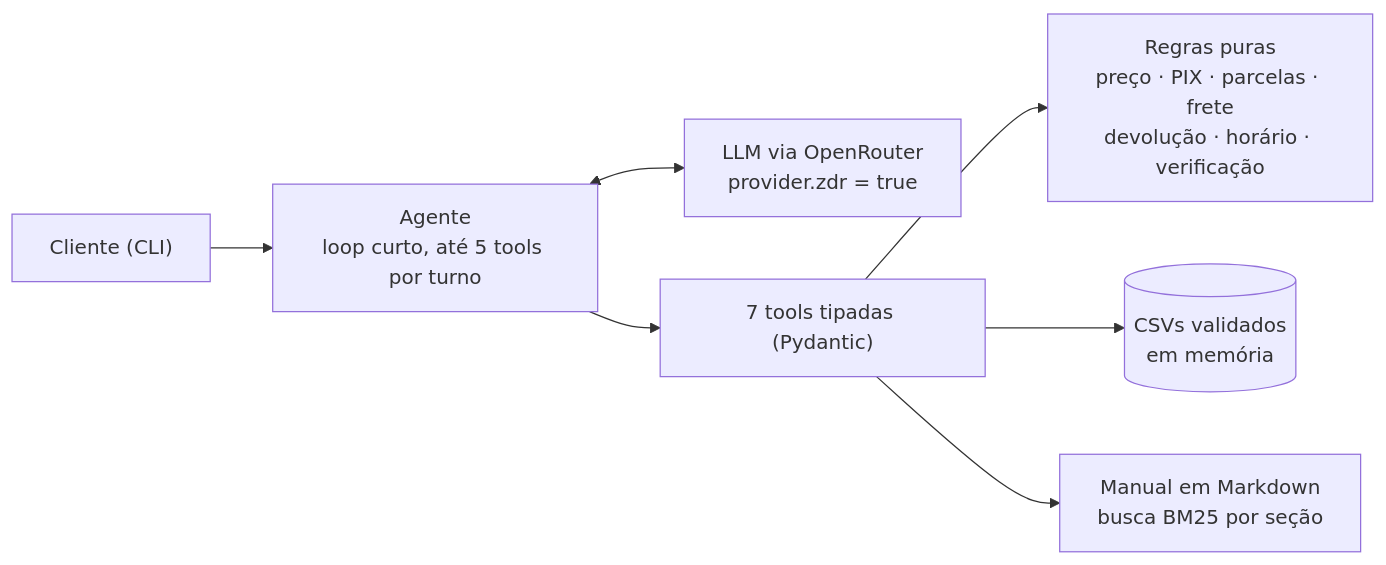
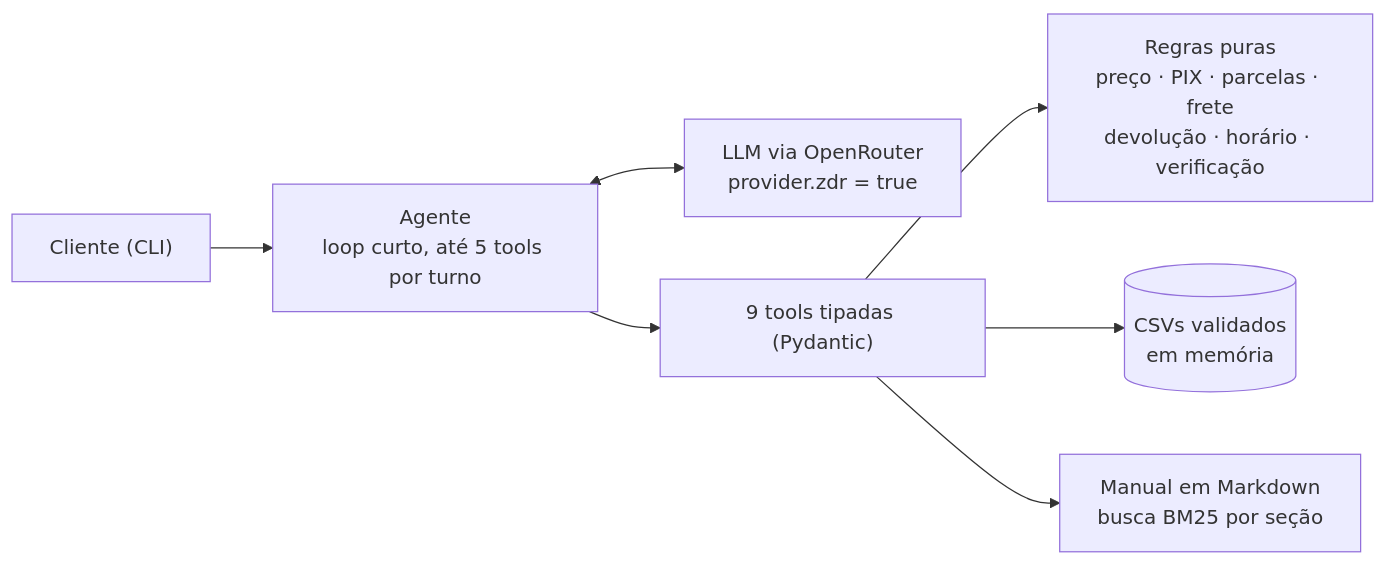
Before and after one commit to AlbertoMilet/artefact: the diagram in README.md, drawn with Mermaid. The commit also changed other lines of this file and 12 other files, not shown here.

````diff
--- a/README.md
+++ b/README.md
@@ -62,9 +62,9 @@
 ```mermaid
 flowchart LR
     C["Cliente (CLI)"] --> A["Agente<br/>loop curto, até 5 tools por turno"]
     A <--> L["LLM via OpenRouter<br/>provider.zdr = true"]
-    A --> T["7 tools tipadas (Pydantic)"]
+    A --> T["9 tools tipadas (Pydantic)"]
     T --> R["Regras puras<br/>preço · PIX · parcelas · frete<br/>devolução · horário · verificação"]
     T --> D[("CSVs validados<br/>em memória")]
     T --> M["Manual em Markdown<br/>busca BM25 por seção"]
 ```
````
